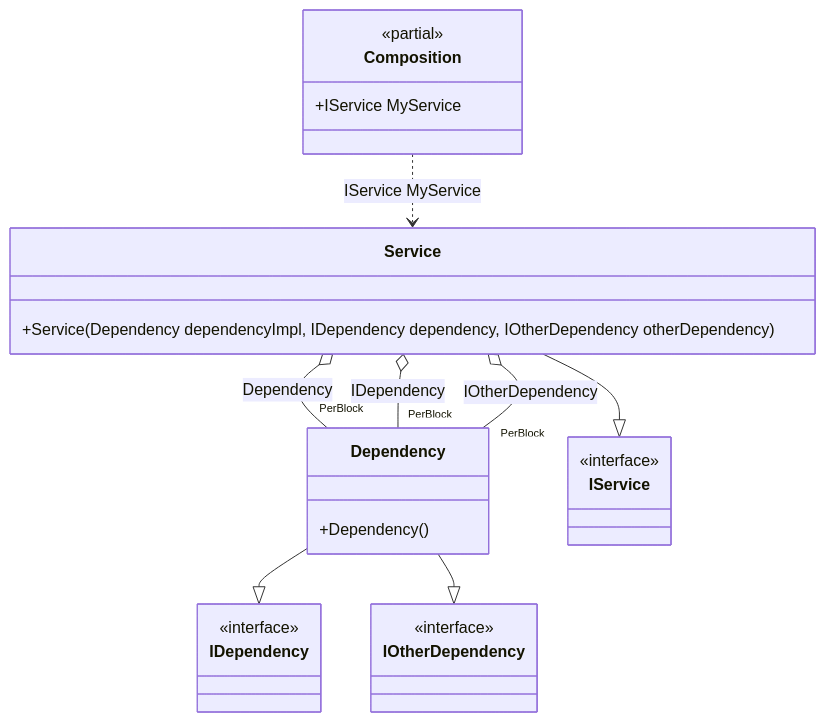
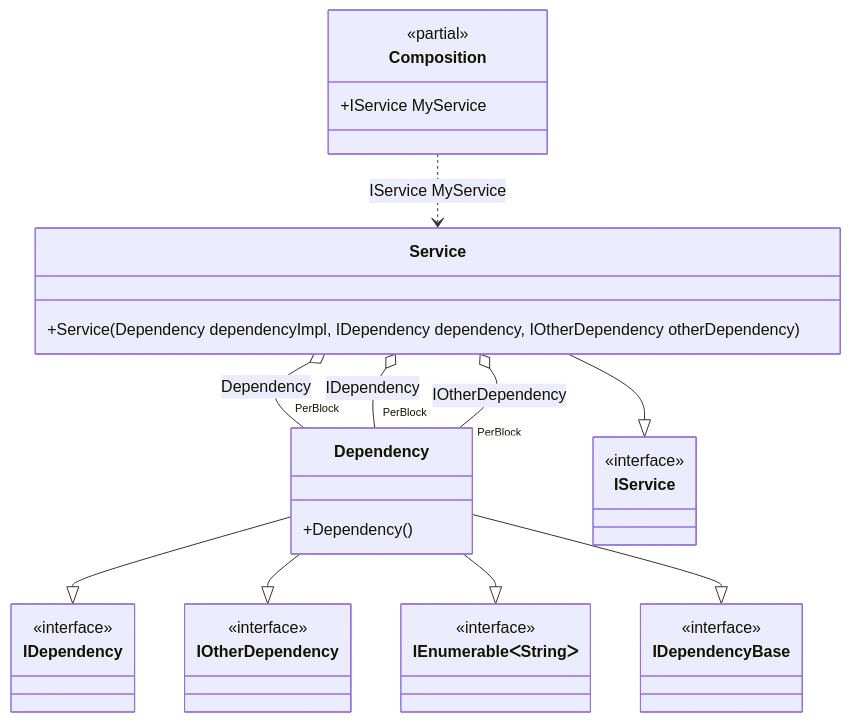
One commit to DevTeam/Pure.DI changed the diagram in readme/simplified-binding.md. Above: the diagram before and after it, drawn with Mermaid. The commit also changed other lines of this file and 22 other files, not shown here.

````diff
--- a/readme/simplified-binding.md
+++ b/readme/simplified-binding.md
@@ -91,29 +126,37 @@
 ```mermaid
 classDiagram
 	class Composition {
 		<<partial>>
 		+IService MyService
 	}
 	Dependency --|> IDependency
 	Dependency --|> IOtherDependency
+	Dependency --|> IEnumerableᐸStringᐳ
+	Dependency --|> IDependencyBase
 	class Dependency {
 		+Dependency()
 	}
 	Service --|> IService
 	class Service {
 		+Service(Dependency dependencyImpl, IDependency dependency, IOtherDependency otherDependency)
 	}
 	class IDependency {
 		<<interface>>
 	}
 	class IOtherDependency {
 		<<interface>>
 	}
+	class IEnumerableᐸStringᐳ {
+		<<interface>>
+	}
+	class IDependencyBase {
+		<<interface>>
+	}
 	class IService {
 		<<interface>>
 	}
 	Service o-- "PerBlock" Dependency : Dependency
 	Service o-- "PerBlock" Dependency : IDependency
 	Service o-- "PerBlock" Dependency : IOtherDependency
 	Composition ..> Service : IService MyService
 ```
````
